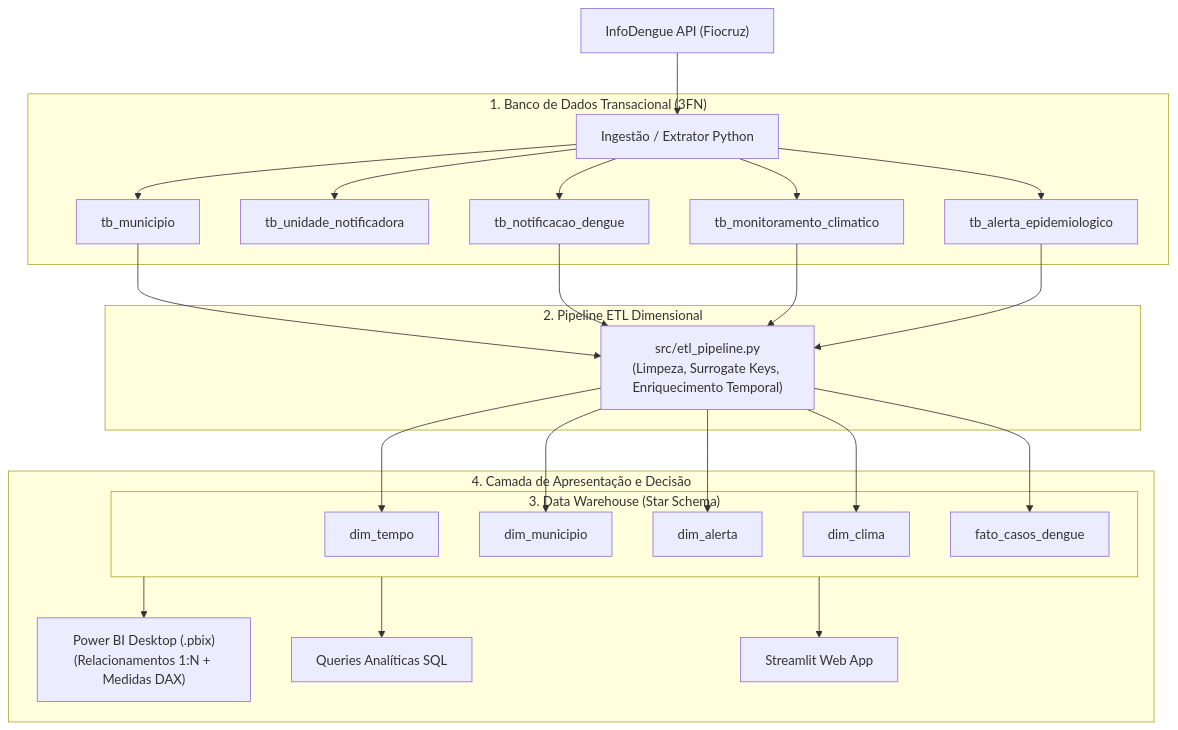
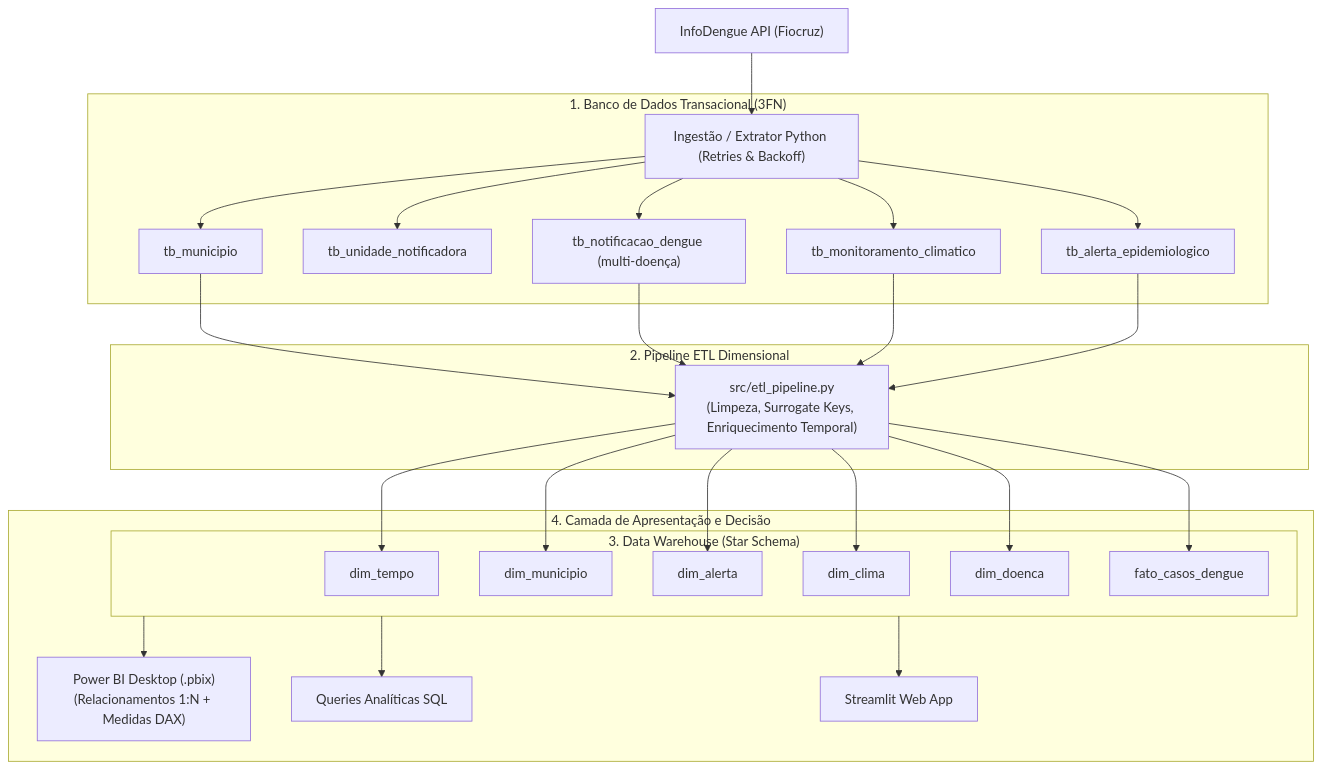
The first of 2 diagrams in docs/MODELAGEM_DIMENSIONAL.md (Arkmedess/DataDengue), drawn with Mermaid before and after one commit. The commit also changed other lines of this file and 1 other file, not shown here.

````diff
--- a/docs/MODELAGEM_DIMENSIONAL.md
+++ b/docs/MODELAGEM_DIMENSIONAL.md
@@ -11,30 +11,31 @@
 ```mermaid
 flowchart TD
-    API["InfoDengue API (Fiocruz)"] --> Ingest["Ingestão / Extrator Python"]
+    API["InfoDengue API (Fiocruz)"] --> Ingest["Ingestão / Extrator Python (Retries & Backoff)"]
     
     subgraph OLTP["1. Banco de Dados Transacional (3FN)"]
         Ingest --> M["tb_municipio"]
         Ingest --> U["tb_unidade_notificadora"]
-        Ingest --> N["tb_notificacao_dengue"]
+        Ingest --> N["tb_notificacao_dengue (multi-doença)"]
         Ingest --> C["tb_monitoramento_climatico"]
         Ingest --> A["tb_alerta_epidemiologico"]
     end
 
     subgraph ETL["2. Pipeline ETL Dimensional"]
         M & N & C & A --> Transform["src/etl_pipeline.py<br/>(Limpeza, Surrogate Keys, Enriquecimento Temporal)"]
     end
 
     subgraph DW["3. Data Warehouse (Star Schema)"]
         Transform --> DT["dim_tempo"]
         Transform --> DM["dim_municipio"]
         Transform --> DA["dim_alerta"]
         Transform --> DC["dim_clima"]
+        Transform --> DD["dim_doenca"]
         Transform --> FATO["fato_casos_dengue"]
     end
 
     subgraph Consumo["4. Camada de Apresentação e Decisão"]
         DW --> PBI["Power BI Desktop (.pbix)<br/>(Relacionamentos 1:N + Medidas DAX)"]
         DW --> SQL["Queries Analíticas SQL"]
         DW --> STR["Streamlit Web App"]
     end
 ```
````
